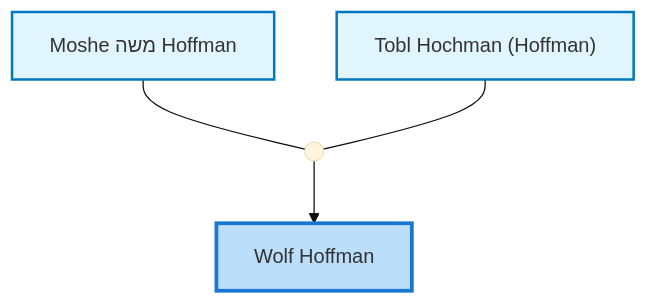
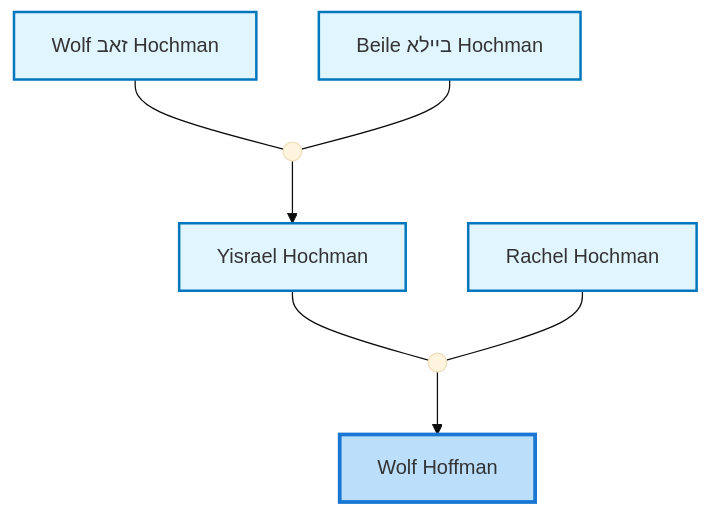
Before and after one commit to moshehoff/FamilyHistory: the second of 3 diagrams in site/content/profiles/Wolf Hoffman.md, drawn with Mermaid (base theme). The commit also changed other lines of this file and 133 other files, not shown here.

Commit message:
Update Moshe Hoffman ID: I10 -> I11052340 and rename I38516664 biography

````diff
--- a/site/content/profiles/Wolf Hoffman.md
+++ b/site/content/profiles/Wolf Hoffman.md
@@ -43,19 +47,29 @@
 ```mermaid
 flowchart TD
 classDef person fill:#e1f5fe,stroke:#0277bd,stroke-width:2px;
 classDef internal-link fill:#e1f5fe,stroke:#0277bd,stroke-width:2px;
 classDef current fill:#bbdefb,stroke:#1976d2,stroke-width:3px;
-idI14["Wolf Hoffman"]
-class idI14 current
-click idI14 "../profiles/Wolf-Hoffman" "Wolf Hoffman"
-idI10["Moshe משה Hoffman"]
-class idI10 internal-link
-click idI10 "../profiles/Moshe-%D7%9E%D7%A9%D7%94-Hoffman" "Moshe משה Hoffman"
-idI11["Tobl Hochman (Hoffman)"]
-class idI11 internal-link
-click idI11 "../profiles/Tobl-Hochman-%28Hoffman%29" "Tobl Hochman (Hoffman)"
-marriage_idF3((" "))
-idI10 --- marriage_idF3
-idI11 --- marriage_idF3
-marriage_idF3 --> idI14
+idI6458385293["Wolf Hoffman"]
+class idI6458385293 current
+click idI6458385293 "../profiles/Wolf-Hoffman" "Wolf Hoffman"
+idI39114550["Yisrael Hochman"]
+class idI39114550 internal-link
+click idI39114550 "../profiles/Yisrael-Hochman" "Yisrael Hochman"
+idI100527944["Rachel Hochman"]
+class idI100527944 internal-link
+click idI100527944 "../profiles/Rachel-Hochman" "Rachel Hochman"
+marriage_idF32834997((" "))
+idI39114550 --- marriage_idF32834997
+idI100527944 --- marriage_idF32834997
+marriage_idF32834997 --> idI6458385293
+idI11032885["Wolf זאב Hochman"]
+class idI11032885 internal-link
+click idI11032885 "../profiles/Wolf-%D7%96%D7%90%D7%91-Hochman" "Wolf זאב Hochman"
+idI11032895["Beile ביילא Hochman"]
+class idI11032895 internal-link
+click idI11032895 "../profiles/Beile-%D7%91%D7%99%D7%99%D7%9C%D7%90-Hochman" "Beile ביילא Hochman"
+marriage_idF3770106((" "))
+idI11032885 --- marriage_idF3770106
+idI11032895 --- marriage_idF3770106
+marriage_idF3770106 --> idI39114550
 ```
````
